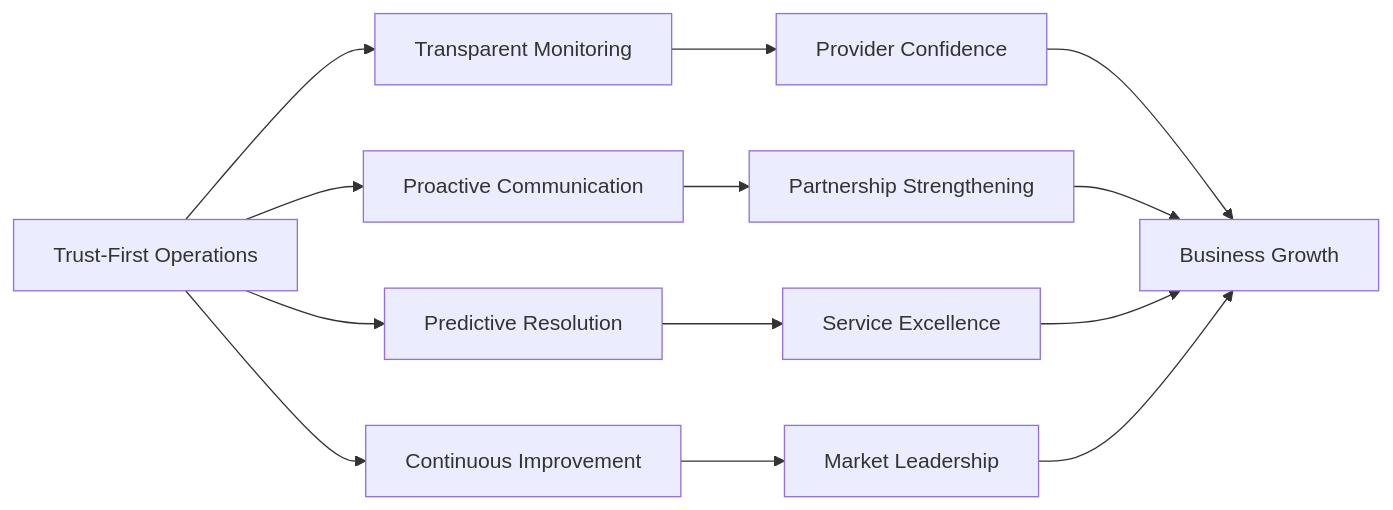
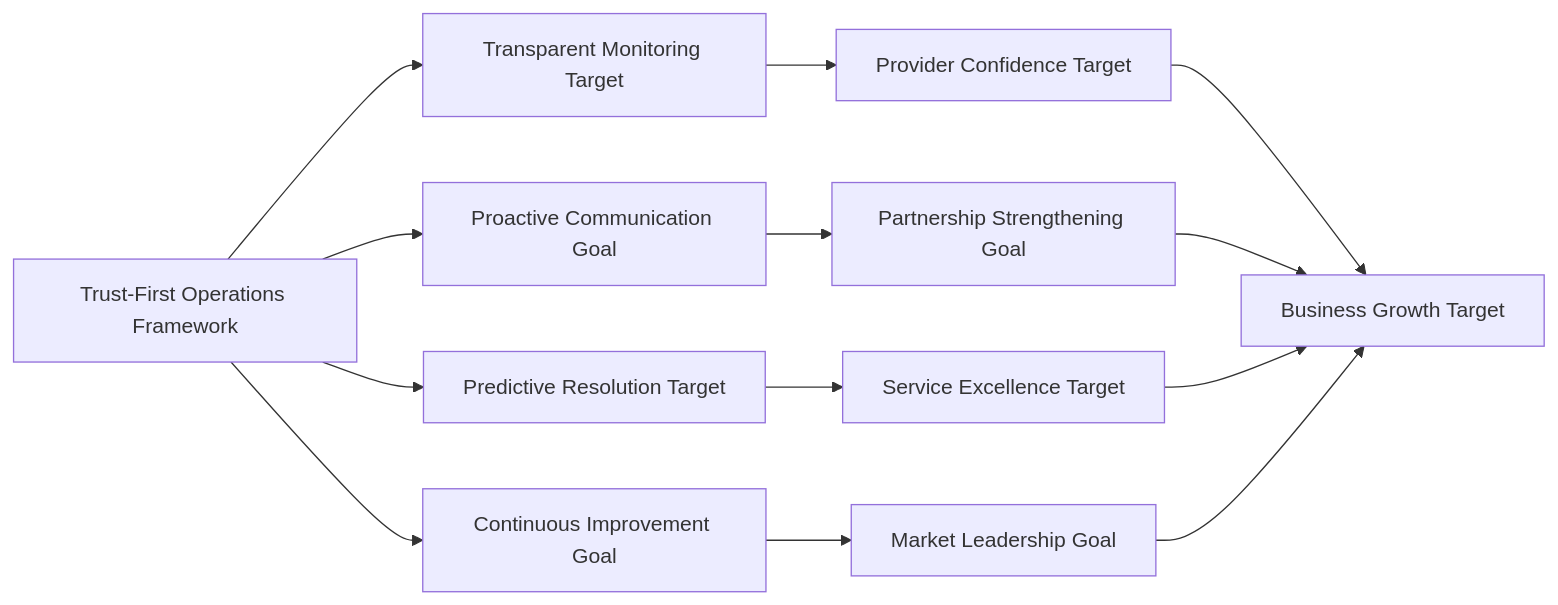
One commit to mydr24/book changed the second of 12 diagrams in chapters/11-monitoring-observability.md. Above: the diagram before and after it, drawn with Mermaid. The commit also changed other lines of this file and 15 other files, not shown here.

````diff
--- a/chapters/11-monitoring-observability.md
+++ b/chapters/11-monitoring-observability.md
@@ -103,17 +105,17 @@
 ```mermaid
 graph LR
-    A[Trust-First Operations] --> B[Transparent Monitoring]
-    A --> C[Proactive Communication]
-    A --> D[Predictive Resolution]
-    A --> E[Continuous Improvement]
+    A[Trust-First Operations Framework] --> B[Transparent Monitoring Target]
+    A --> C[Proactive Communication Goal]
+    A --> D[Predictive Resolution Target]
+    A --> E[Continuous Improvement Goal]
     
-    B --> F[Provider Confidence]
-    C --> G[Partnership Strengthening]
-    D --> H[Service Excellence]
-    E --> I[Market Leadership]
+    B --> F[Provider Confidence Target]
+    C --> G[Partnership Strengthening Goal]
+    D --> H[Service Excellence Target]
+    E --> I[Market Leadership Goal]
     
-    F --> J[Business Growth]
+    F --> J[Business Growth Target]
     G --> J
     H --> J
     I --> J
 ```
````
